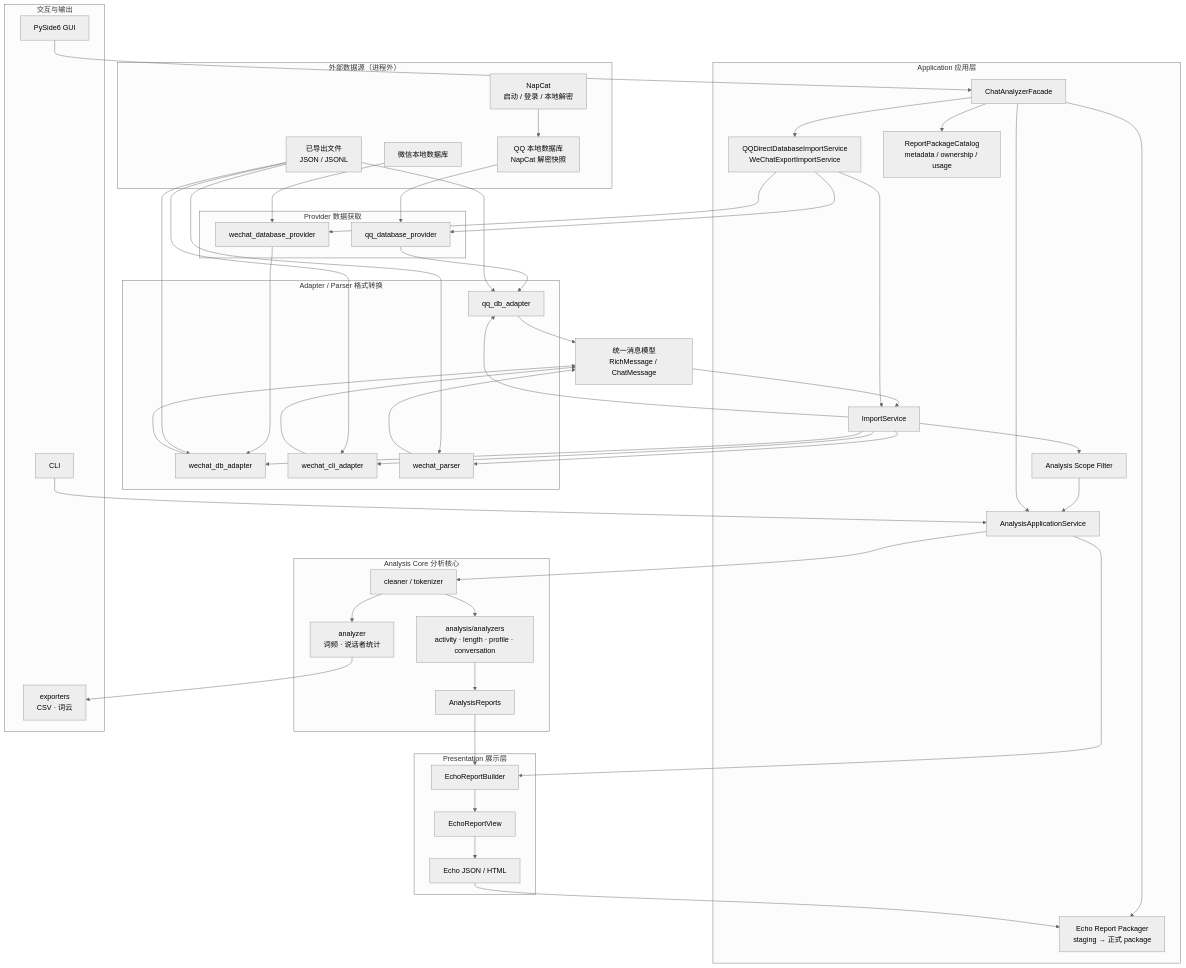
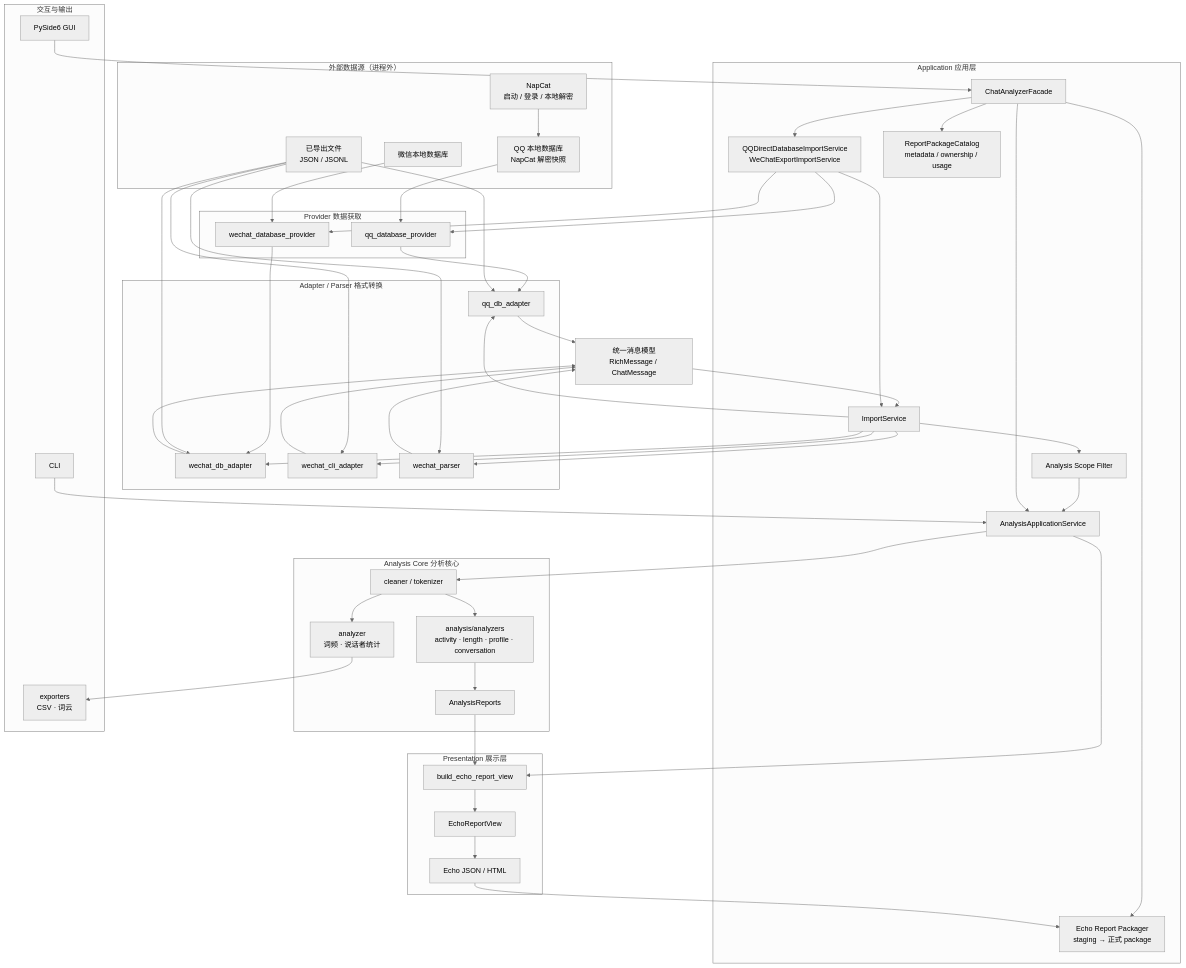
One commit to lindreams/echo-chat-analyzer changed the diagram in ARCHITECTURE.md. Above: the diagram before and after it, drawn with Mermaid (neutral theme). The commit also changed 22 other files, not shown here.

```diff
--- a/ARCHITECTURE.md
+++ b/ARCHITECTURE.md
@@ -73,7 +73,7 @@
     end
 
     subgraph PRES["Presentation 展示层"]
-        BUILD["EchoReportBuilder"]
+        BUILD["build_echo_report_view"]
         VIEW["EchoReportView"]
         HTML["Echo JSON / HTML"]
     end
```
